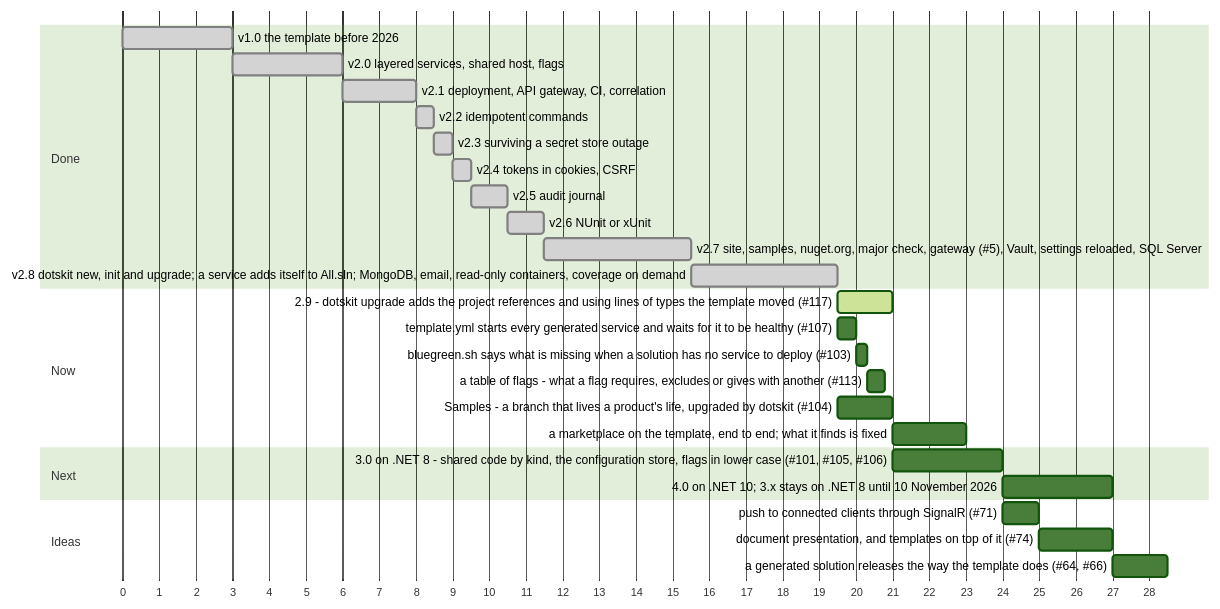
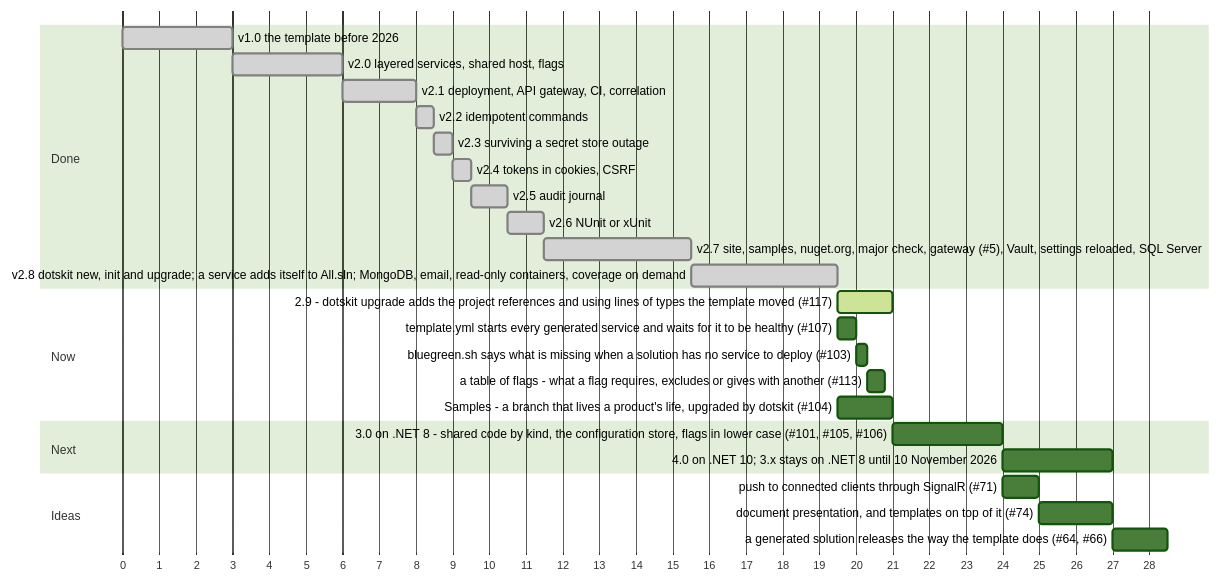
One commit to sawking-tech/DotNetSolutionKit changed the diagram in docs/roadmap.md. Above: the diagram before and after it, drawn with Mermaid (forest theme). The commit also changed 1 other file, not shown here.

Commit message:
docs(roadmap): a marketplace on the template leaves Now
- the line is removed from the diagram in English and Russian
- 2.9 keeps #117, #107, #103, #113 and #104, so 3.0 and 4.0 come out before 10 November 2026

````diff
--- a/docs/roadmap.md
+++ b/docs/roadmap.md
@@ -5,35 +5,34 @@
 ```mermaid
 gantt
     dateFormat X
     axisFormat %s
     tickInterval 1second
 
     section Done
     v1.0 the template before 2026                         :done, s1, 0, 3000ms
     v2.0 layered services, shared host, flags             :done, s2, after s1, 3000ms
     v2.1 deployment, API gateway, CI, correlation         :done, s3, after s2, 2000ms
     v2.2 idempotent commands                              :done, s4, after s3, 500ms
     v2.3 surviving a secret store outage                  :done, s5, after s4, 500ms
     v2.4 tokens in cookies, CSRF                          :done, s6, after s5, 500ms
     v2.5 audit journal                                    :done, s7, after s6, 1000ms
     v2.6 NUnit or xUnit                                   :done, s8, after s7, 1000ms
     v2.7 site, samples, nuget.org, major check, gateway (#5), Vault, settings reloaded, SQL Server :done, s9, after s8, 4000ms
     v2.8 dotskit new, init and upgrade; a service adds itself to All.sln; MongoDB, email, read-only containers, coverage on demand :done, s10, after s9, 4000ms
 
     section Now
     2.9 - dotskit upgrade adds the project references and using lines of types the template moved (#117) :active, s32, after s10, 1500ms
     template.yml starts every generated service and waits for it to be healthy (#107) :s33, after s10, 500ms
     bluegreen.sh says what is missing when a solution has no service to deploy (#103) :s34, after s33, 300ms
     a table of flags - what a flag requires, excludes or gives with another (#113) :s35, after s34, 500ms
     Samples - a branch that lives a product's life, upgraded by dotskit (#104) :s36, after s10, 1500ms
-    a marketplace on the template, end to end; what it finds is fixed :s13, after s36, 2000ms
 
     section Next
     3.0 on .NET 8 - shared code by kind, the configuration store, flags in lower case (#101, #105, #106) :s15, after s32, 3000ms
     4.0 on .NET 10; 3.x stays on .NET 8 until 10 November 2026 :s31, after s15, 3000ms
 
     section Ideas
     push to connected clients through SignalR (#71) :s37, after s15, 1000ms
     document presentation, and templates on top of it (#74) :s38, after s37, 2000ms
     a generated solution releases the way the template does (#64, #66) :s39, after s38, 1500ms
 ```
````
